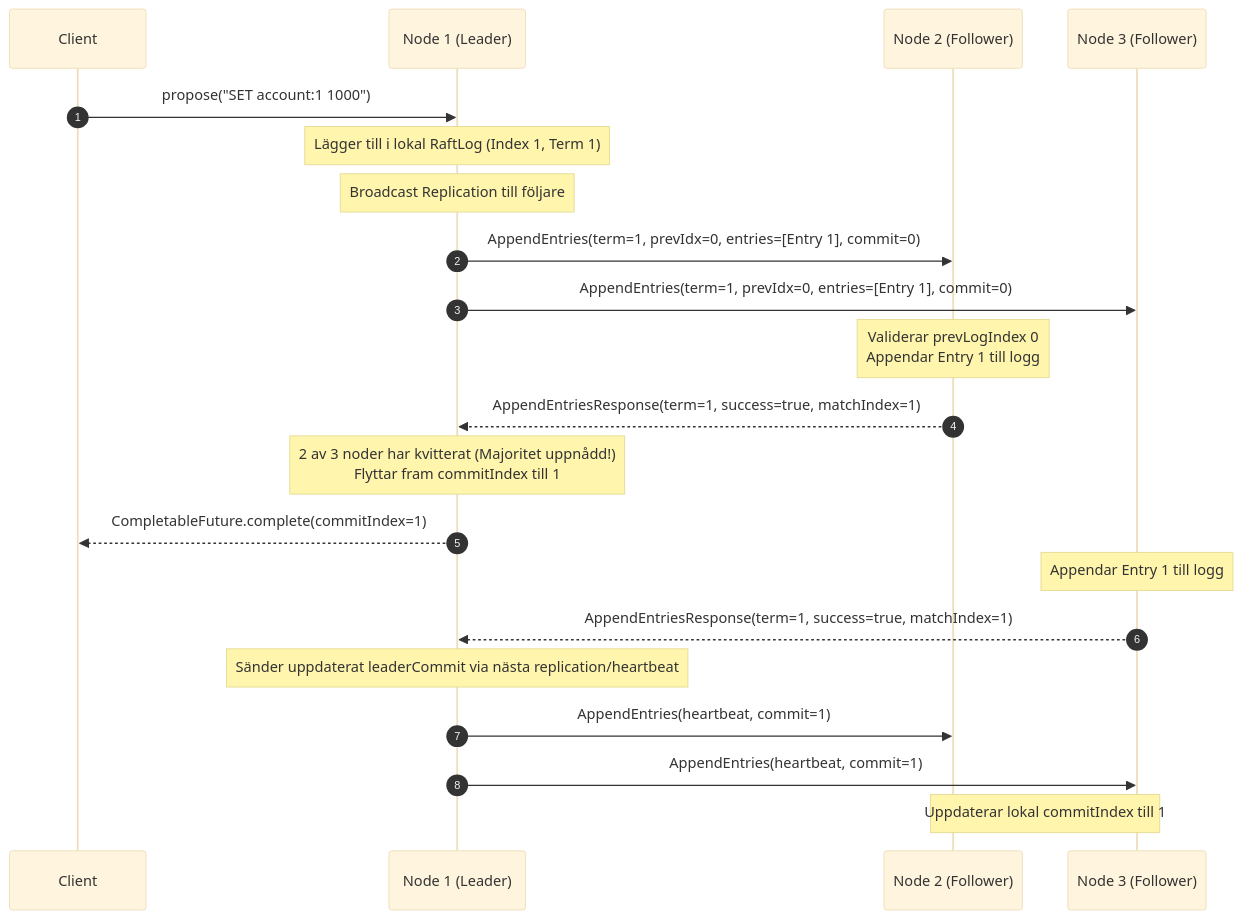
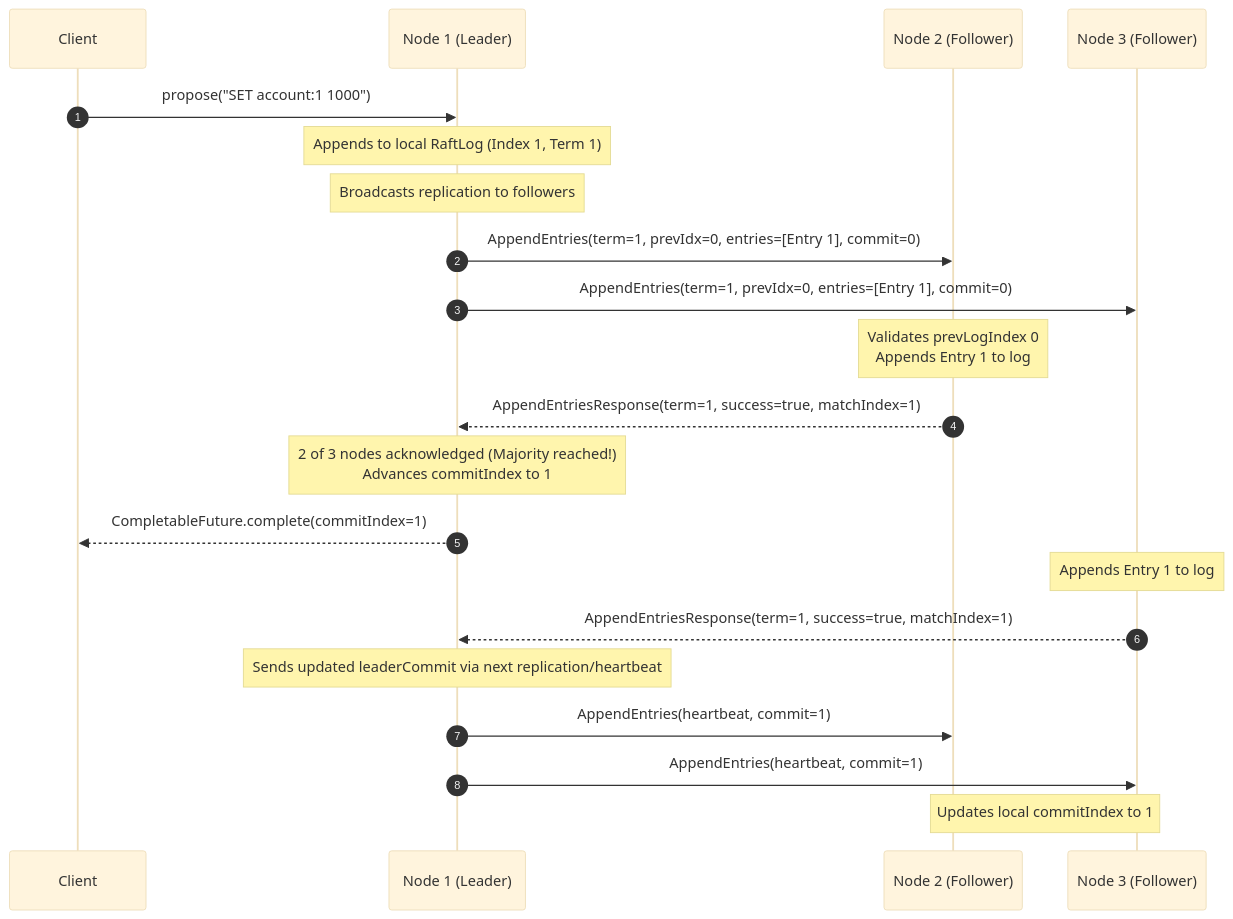
One commit to Mouaz7/AegisDB changed the second of 4 diagrams in docs/raft.md. Above: the diagram before and after it, drawn with Mermaid (base theme). The commit also changed other lines of this file and 17 other files, not shown here.

````diff
--- a/docs/raft.md
+++ b/docs/raft.md
@@ -57,29 +57,29 @@
 ```mermaid
 sequenceDiagram
     autonumber
     participant Client
     participant Leader as Node 1 (Leader)
     participant F1 as Node 2 (Follower)
     participant F2 as Node 3 (Follower)
 
     Client->>Leader: propose("SET account:1 1000")
-    Note over Leader: Lägger till i lokal RaftLog (Index 1, Term 1)
-    Note over Leader: Broadcast Replication till följare
+    Note over Leader: Appends to local RaftLog (Index 1, Term 1)
+    Note over Leader: Broadcasts replication to followers
 
     Leader->>F1: AppendEntries(term=1, prevIdx=0, entries=[Entry 1], commit=0)
     Leader->>F2: AppendEntries(term=1, prevIdx=0, entries=[Entry 1], commit=0)
 
-    Note over F1: Validerar prevLogIndex 0<br/>Appendar Entry 1 till logg
+    Note over F1: Validates prevLogIndex 0<br/>Appends Entry 1 to log
     F1-->>Leader: AppendEntriesResponse(term=1, success=true, matchIndex=1)
 
-    Note over Leader: 2 av 3 noder har kvitterat (Majoritet uppnådd!)<br/>Flyttar fram commitIndex till 1
+    Note over Leader: 2 of 3 nodes acknowledged (Majority reached!)<br/>Advances commitIndex to 1
     Leader-->>Client: CompletableFuture.complete(commitIndex=1)
 
-    Note over F2: Appendar Entry 1 till logg
+    Note over F2: Appends Entry 1 to log
     F2-->>Leader: AppendEntriesResponse(term=1, success=true, matchIndex=1)
 
-    Note over Leader: Sänder uppdaterat leaderCommit via nästa replication/heartbeat
+    Note over Leader: Sends updated leaderCommit via next replication/heartbeat
     Leader->>F1: AppendEntries(heartbeat, commit=1)
     Leader->>F2: AppendEntries(heartbeat, commit=1)
-    Note over F1,F2: Uppdaterar lokal commitIndex till 1
+    Note over F1,F2: Updates local commitIndex to 1
 ```
````
